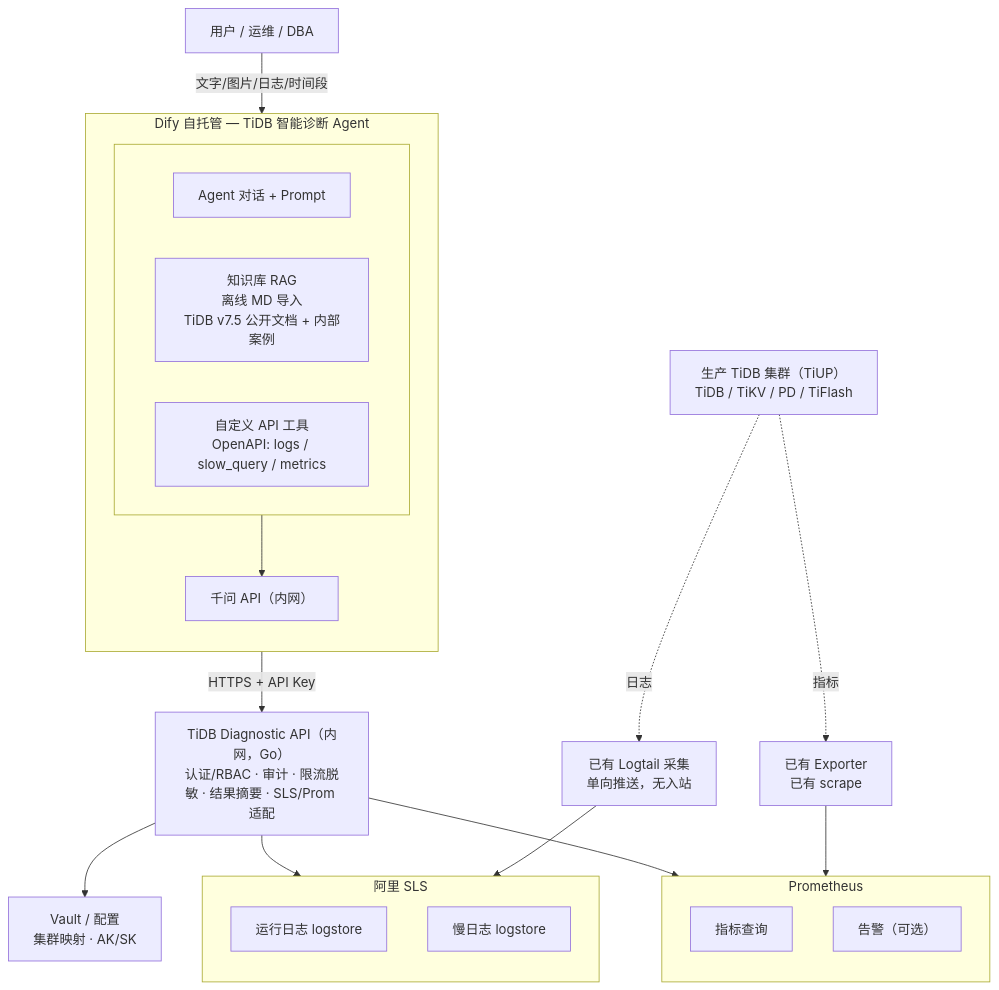
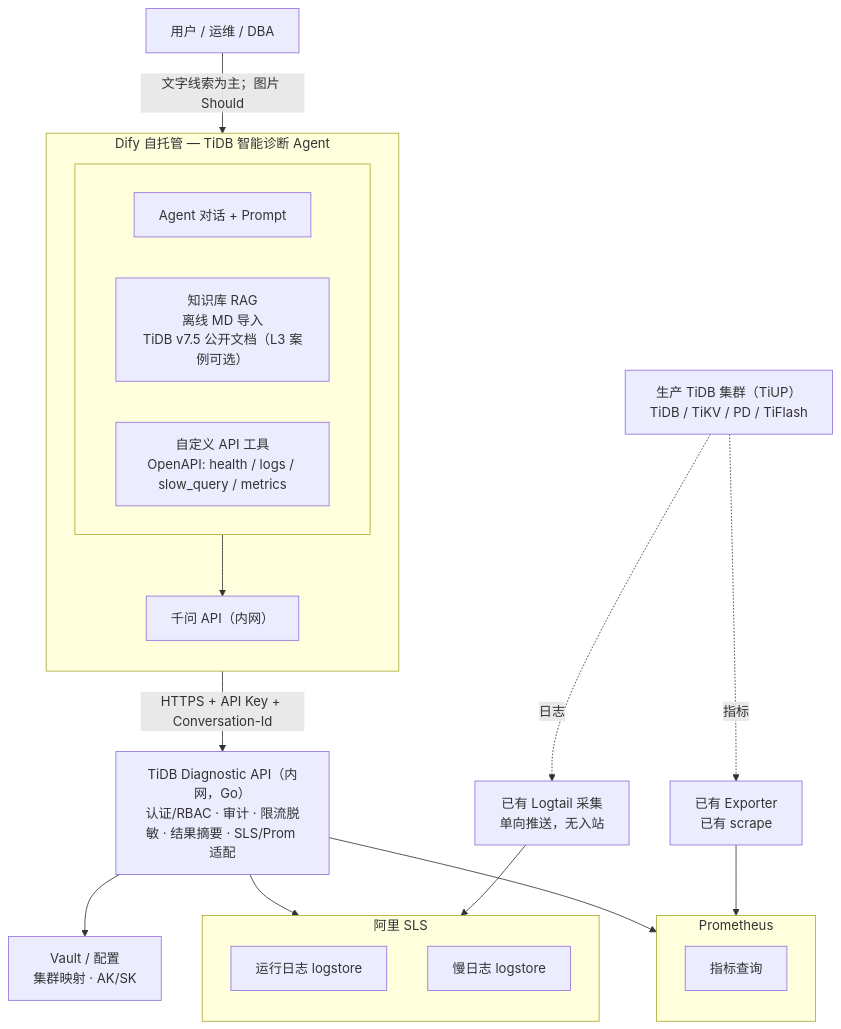
One commit to yangzhengjie/tidb-diag changed the first of 10 diagrams in docs/tidb-diag-agent-technical-design.md. Above: the diagram before and after it, drawn with Mermaid. The commit also changed other lines of this file and 1 other file, not shown here.

First line of the commit message:
docs(architecture): revise requirements and design to v1.9

````diff
--- a/docs/tidb-diag-agent-technical-design.md
+++ b/docs/tidb-diag-agent-technical-design.md
@@ -13,46 +14,45 @@
 ```mermaid
 flowchart TB
     User["用户 / 运维 / DBA"]
 
     subgraph DifyLayer["Dify 自托管 — TiDB 智能诊断 Agent"]
         direction TB
         subgraph DifyModules[" "]
             direction LR
             Agent["Agent 对话 + Prompt"]
-            RAG["知识库 RAG<br/>离线 MD 导入<br/>TiDB v7.5 公开文档 + 内部案例"]
-            Tools["自定义 API 工具<br/>OpenAPI: logs / slow_query / metrics"]
+            RAG["知识库 RAG<br/>离线 MD 导入<br/>TiDB v7.5 公开文档（L3 案例可选）"]
+            Tools["自定义 API 工具<br/>OpenAPI: health / logs / slow_query / metrics"]
         end
         Qwen["千问 API（内网）"]
         DifyModules --> Qwen
     end
 
     API["TiDB Diagnostic API（内网，Go）<br/>认证/RBAC · 审计 · 限流脱敏 · 结果摘要 · SLS/Prom 适配"]
 
     subgraph SLSLayer["阿里 SLS"]
         direction TB
         Runtime["运行日志 logstore"]
         Slow["慢日志 logstore"]
     end
 
     subgraph PromLayer["Prometheus"]
         direction TB
         Metrics["指标查询"]
-        Alerts["告警（可选）"]
     end
 
     Vault["Vault / 配置<br/>集群映射 · AK/SK"]
 
     Logtail["已有 Logtail 采集<br/>单向推送，无入站"]
     Exporter["已有 Exporter<br/>已有 scrape"]
     Prod["生产 TiDB 集群（TiUP）<br/>TiDB / TiKV / PD / TiFlash"]
 
-    User -->|文字/图片/日志/时间段| DifyLayer
-    DifyLayer -->|HTTPS + API Key| API
+    User -->|文字线索为主；图片 Should| DifyLayer
+    DifyLayer -->|HTTPS + API Key + Conversation-Id| API
     API --> SLSLayer
     API --> PromLayer
     API --> Vault
     Prod -.->|日志| Logtail
     Prod -.->|指标| Exporter
     Logtail --> SLSLayer
     Exporter --> PromLayer
 ```
````
